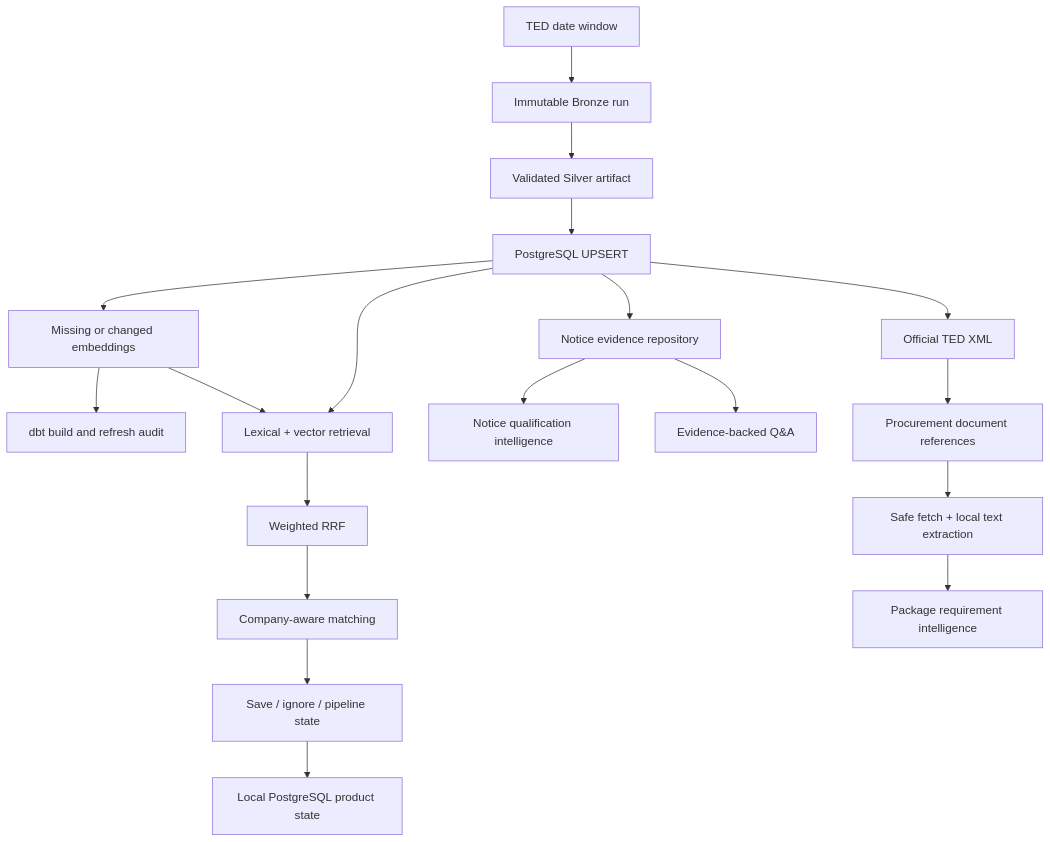
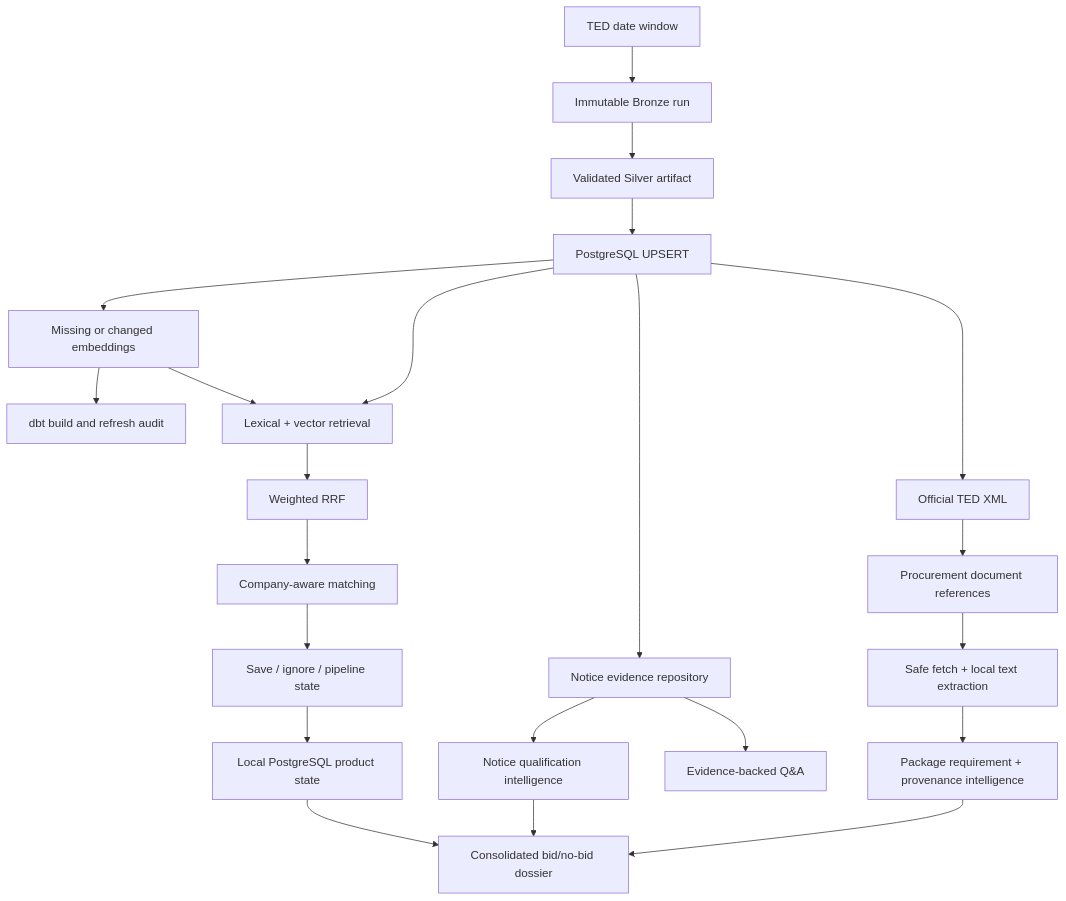
One commit to Tanjim-hossain/eu-tender-intelligence-platform changed the diagram in README.md. Above: the diagram before and after it, drawn with Mermaid. The commit also changed other lines of this file and 14 other files, not shown here.

First line of the commit message:
feat: add consolidated bid no-bid decision dossier

````diff
--- a/README.md
+++ b/README.md
@@ -51,21 +53,24 @@
 ```mermaid
 flowchart TD
     A["TED date window"] --> B["Immutable Bronze run"]
     B --> C["Validated Silver artifact"]
     C --> D["PostgreSQL UPSERT"]
     D --> E["Missing or changed embeddings"]
     E --> F["dbt build and refresh audit"]
     D --> G["Lexical + vector retrieval"]
     E --> G
     G --> H["Weighted RRF"]
     H --> I["Company-aware matching"]
     I --> J["Save / ignore / pipeline state"]
     D --> K["Notice evidence repository"]
     K --> L["Notice qualification intelligence"]
     K --> M["Evidence-backed Q&A"]
     D --> O["Official TED XML"]
     O --> P["Procurement document references"]
     P --> Q["Safe fetch + local text extraction"]
-    Q --> R["Package requirement intelligence"]
+    Q --> R["Package requirement + provenance intelligence"]
     J --> N["Local PostgreSQL product state"]
+    L --> S["Consolidated bid/no-bid dossier"]
+    R --> S
+    N --> S
 ```
````
